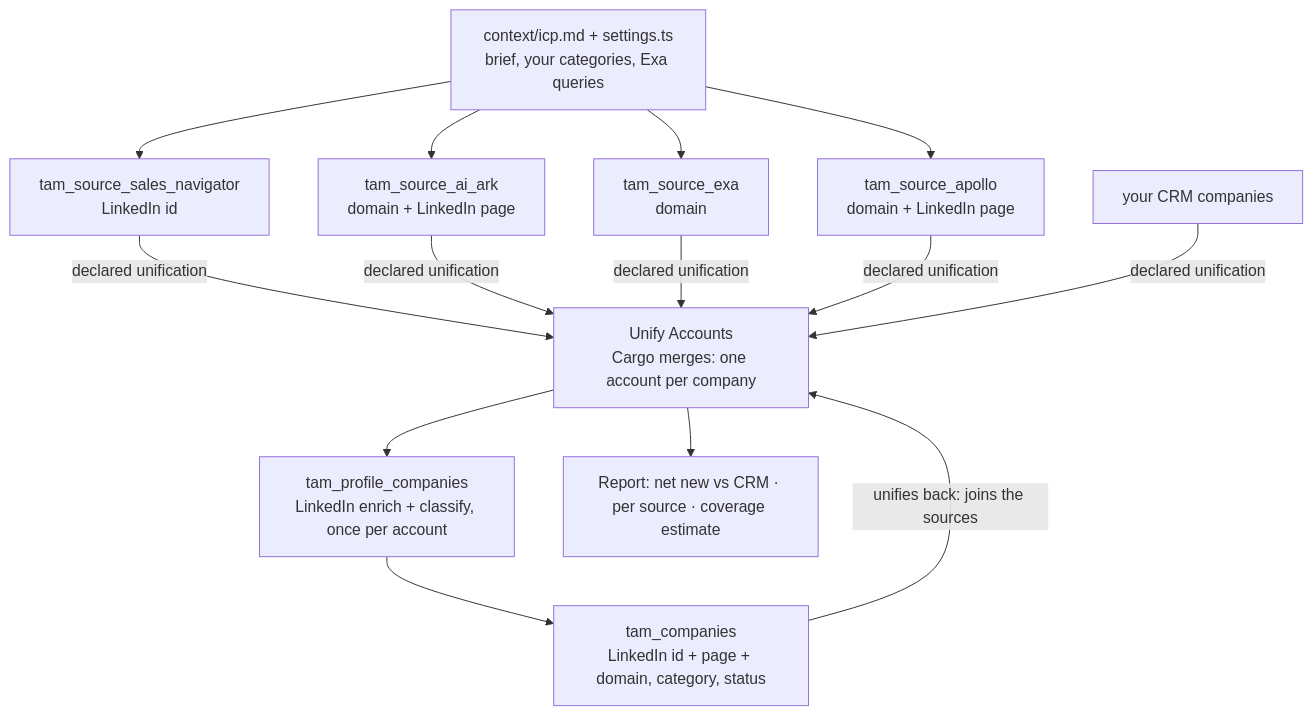
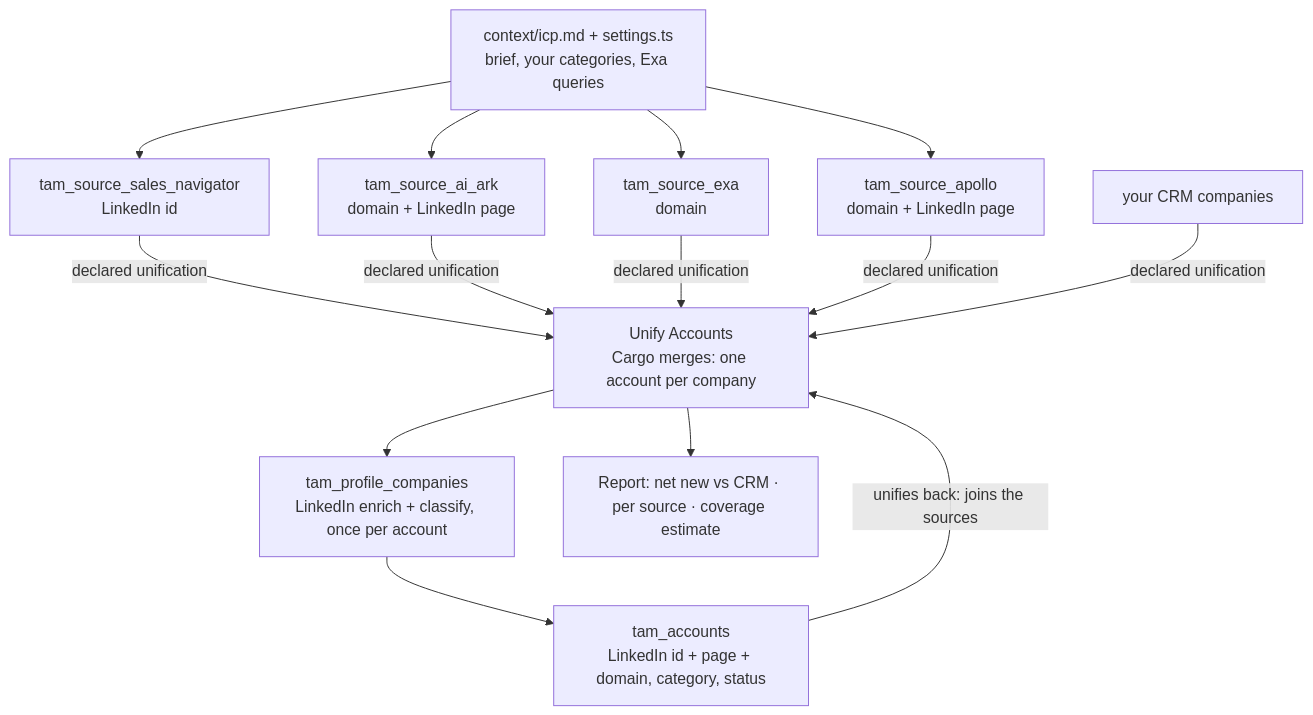
One commit to getcargohq/gtm-skills changed the diagram in tam-building-advanced/README.md. Above: the diagram before and after it, drawn with Mermaid. The commit also changed other lines of this file and 13 other files, not shown here.

````diff
--- a/tam-building-advanced/README.md
+++ b/tam-building-advanced/README.md
@@ -39,19 +39,19 @@
 ```mermaid
 flowchart TD
     icp["context/icp.md + settings.ts<br/>brief, your categories, Exa queries"]
     sn["tam_source_sales_navigator<br/>LinkedIn id"]
     ark["tam_source_ai_ark<br/>domain + LinkedIn page"]
     exa["tam_source_exa<br/>domain"]
     apollo["tam_source_apollo<br/>domain + LinkedIn page"]
     crm["your CRM companies"]
     accounts["Unify Accounts<br/>Cargo merges: one account per company"]
     play["tam_profile_companies<br/>LinkedIn enrich + classify, once per account"]
-    profile["tam_companies<br/>LinkedIn id + page + domain, category, status"]
+    profile["tam_accounts<br/>LinkedIn id + page + domain, category, status"]
     report["Report: net new vs CRM · per source · coverage estimate"]
 
     icp --> sn & ark & exa & apollo
     sn & ark & exa & apollo & crm -->|"declared unification"| accounts
     accounts --> play --> profile
     profile -->|"unifies back: joins the sources"| accounts
     accounts --> report
 ```
````
